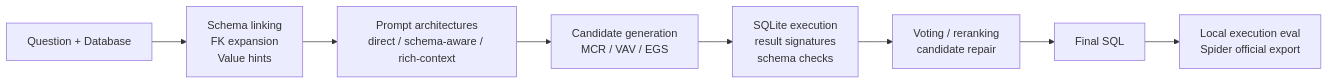
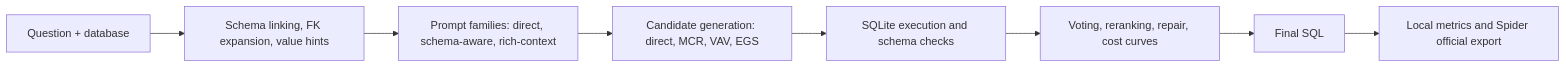
One commit to Kevin-Li-2025/NL2SQL changed the diagram in README.md. Above: the diagram before and after it, drawn with Mermaid. The commit also changed other lines of this file and 614 other files, not shown here.

````diff
--- a/README.md
+++ b/README.md
@@ -32,10 +67,10 @@
 ```mermaid
 flowchart LR
-    A["Question + Database"] --> B["Schema linking<br/>FK expansion<br/>Value hints"]
-    B --> C["Prompt architectures<br/>direct / schema-aware / rich-context"]
-    C --> D["Candidate generation<br/>MCR / VAV / EGS"]
-    D --> E["SQLite execution<br/>result signatures<br/>schema checks"]
-    E --> F["Voting / reranking<br/>candidate repair"]
+    A["Question + database"] --> B["Schema linking, FK expansion, value hints"]
+    B --> C["Prompt families: direct, schema-aware, rich-context"]
+    C --> D["Candidate generation: direct, MCR, VAV, EGS"]
+    D --> E["SQLite execution and schema checks"]
+    E --> F["Voting, reranking, repair, cost curves"]
     F --> G["Final SQL"]
-    G --> H["Local execution eval<br/>Spider official export"]
+    G --> H["Local metrics and Spider official export"]
 ```
````
